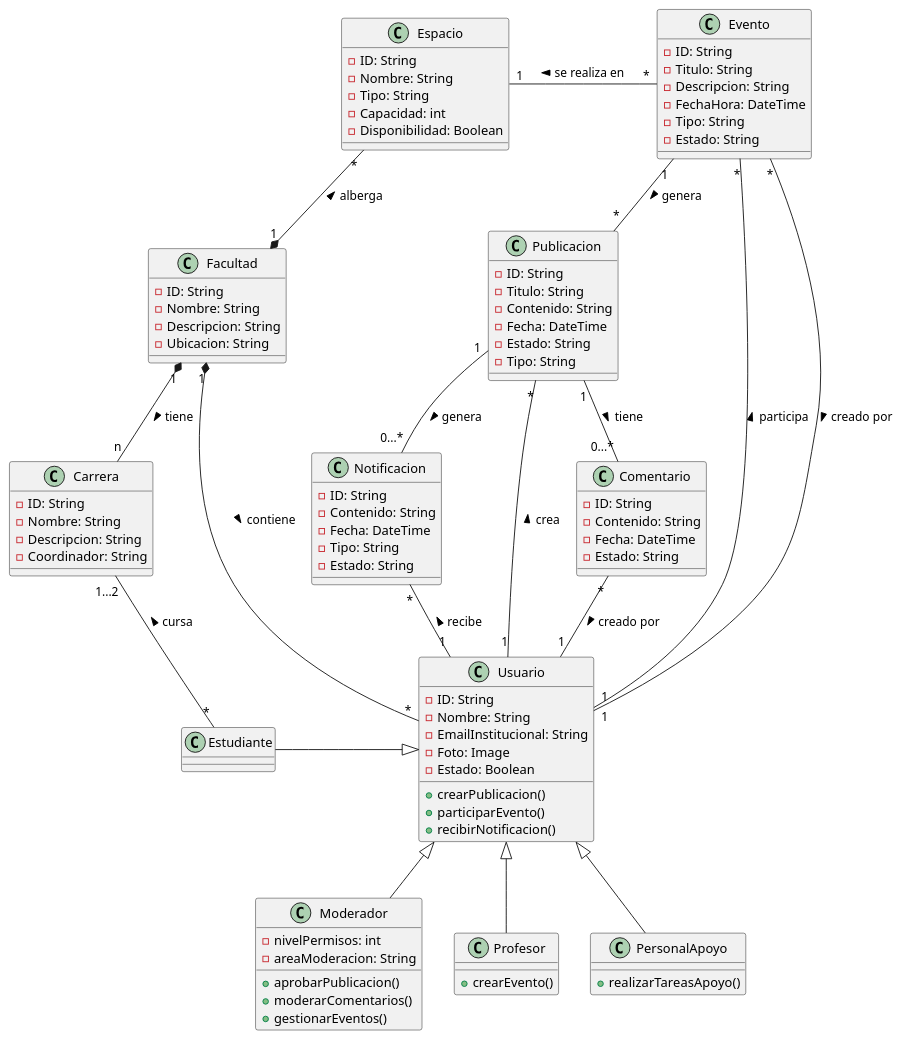
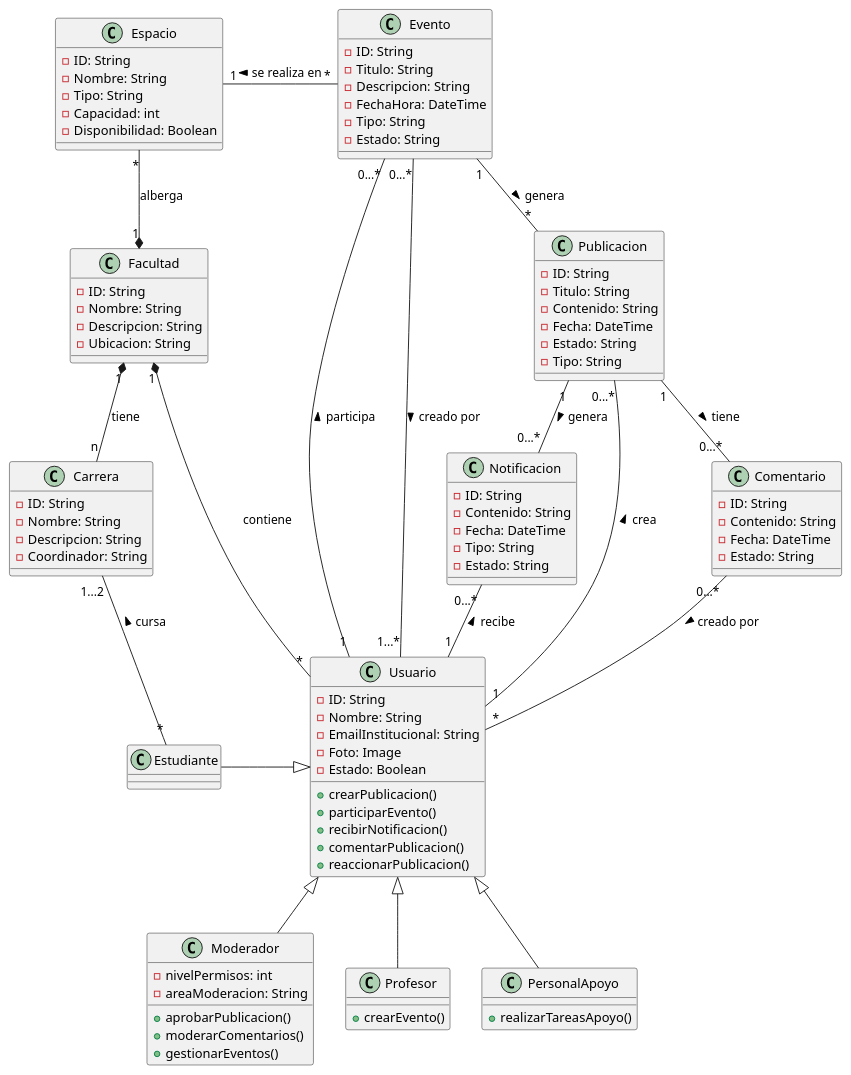
The diagram in Diagrams/DomainModel.plantuml (Danfloca02/Project_IngSoftware_Team2), drawn with PlantUML before and after one commit.

Commit message:
eliminación de flechas en la composición de facultad

```diff
--- a/Diagrams/DomainModel.plantuml
+++ b/Diagrams/DomainModel.plantuml
@@ -3,115 +3,117 @@
 @startuml DomainModel
 
 class Usuario {
   -ID: String
   -Nombre: String
   -EmailInstitucional: String
   -Foto: Image
   -Estado: Boolean
 
   +crearPublicacion()
   +participarEvento()
   +recibirNotificacion()
+  +comentarPublicacion()
+  +reaccionarPublicacion()
 }
 
 class Moderador {
   -nivelPermisos: int
   -areaModeracion: String
 
   +aprobarPublicacion()
   +moderarComentarios()
   +gestionarEventos()
 }
 
 class Estudiante {
 }
 
 class Profesor {
   +crearEvento()
 }
 
 class PersonalApoyo {
   +realizarTareasApoyo()
 }
 
 class Facultad {
   -ID: String
   -Nombre: String
   -Descripcion: String
   -Ubicacion: String
 }
 
 class Carrera {
   -ID: String
   -Nombre: String
   -Descripcion: String
   -Coordinador: String
 }
 
 class Evento {
   -ID: String
   -Titulo: String
   -Descripcion: String
   -FechaHora: DateTime
   -Tipo: String
   -Estado: String
 }
 
 class Notificacion {
   -ID: String
   -Contenido: String
   -Fecha: DateTime
   -Tipo: String
   -Estado: String
 }
 
 class Espacio {
   -ID: String
   -Nombre: String
   -Tipo: String
   -Capacidad: int
   -Disponibilidad: Boolean
 }
 
 class Publicacion {
   -ID: String
   -Titulo: String
   -Contenido: String
   -Fecha: DateTime
   -Estado: String
   -Tipo: String
 }
 
 class Comentario {
   -ID: String
   -Contenido: String
   -Fecha: DateTime
   -Estado: String
 }
 
 ' Relaciones
 Moderador -up-|> Usuario
 Profesor -up-|> Usuario
 Estudiante -right-|> Usuario
 PersonalApoyo -up-|> Usuario
 
-Usuario "1" -up- "*" Publicacion: crea >
-Usuario "1" -up- "*" Evento: participa >
-Usuario "1" -up- "*" Notificacion: recibe >
+Usuario "1" -up- "0...*" Publicacion: crea >
+Usuario "1" -up- "0...*" Evento: participa >
+Usuario "1" -up- "0...*" Notificacion: recibe >
 
 Estudiante "*" -up- "1...2" Carrera: cursa >
 
-Facultad "1" *-down- "n" Carrera: tiene >
-Facultad "1" *-down- "*" Usuario: contiene >
-Facultad "1" *-up- "*" Espacio: alberga >
+Facultad "1" *-down- "n" Carrera: tiene 
+Facultad "1" *-down- "*" Usuario: contiene 
+Facultad "1" *-up- "*" Espacio: alberga 
 
-Evento "*" -down- "1" Usuario: creado por >
+Evento "0...*" -left- "1...*" Usuario: creado por >
 Evento "*" -left- "1" Espacio: se realiza en >
 Evento "1" -- "*" Publicacion: genera >
 
 Publicacion "1" -- "0...*" Comentario: tiene >
 Publicacion "1" -- "0...*" Notificacion: genera >
 
-Comentario "*" -down- "1" Usuario: creado por >
+Comentario "0...*" -down- "*" Usuario: creado por >
 
 @enduml
```
